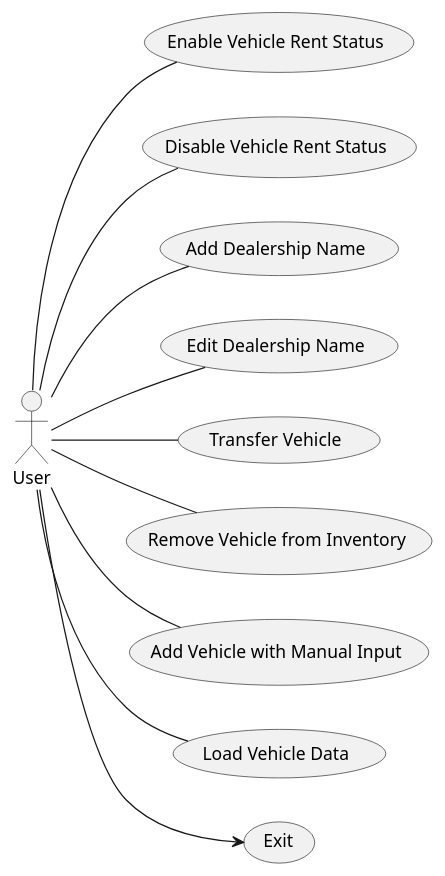
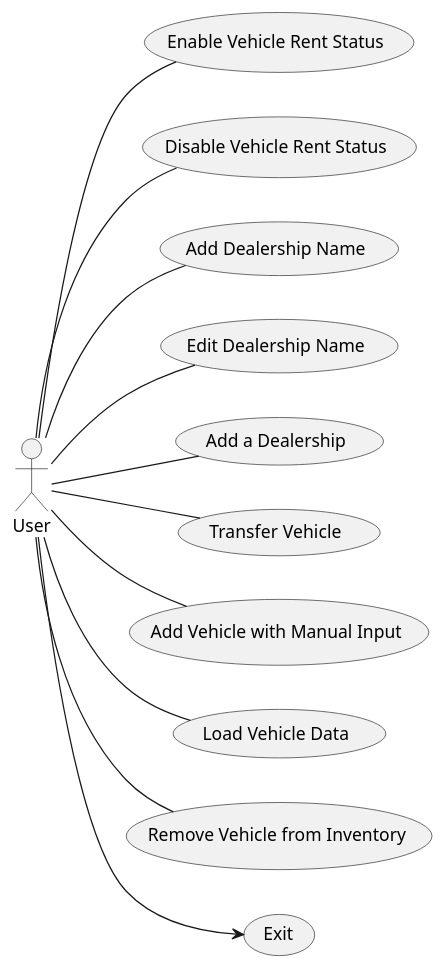
The diagram in UMLdiagrams/DealershipUseCaseDiagram.puml (masonday1/DealershipProject), drawn with PlantUML before and after one commit.

Commit message:
Added a use case for adding a dealership. Since we have a way to add vehicles without a file, it would be nice to have a way for users to add a dealership without a file as well.

```diff
--- a/UMLdiagrams/DealershipUseCaseDiagram.puml
+++ b/UMLdiagrams/DealershipUseCaseDiagram.puml
@@ -1,27 +1,29 @@
 @startuml
 'https://plantuml.com/use-case-diagram
 left to right direction
 
 actor User
 
 usecase "Enable Vehicle Rent Status" as UC1
 usecase "Disable Vehicle Rent Status" as UC2
 usecase "Add Dealership Name" as UC3
 usecase "Edit Dealership Name" as UC4
-usecase "Transfer Vehicle" as UC5
-usecase "Remove Vehicle from Inventory" as UC6
+usecase "Add a Dealership" as UC5
+usecase "Transfer Vehicle" as UC6
 usecase "Add Vehicle with Manual Input" as UC7
 usecase "Load Vehicle Data" as UC8
+usecase "Remove Vehicle from Inventory" as UC9
 User -- UC1
 User -- UC2
 User -- UC3
 User -- UC4
 User -- UC5
 User -- UC6
 User -- UC7
 User -- UC8
+User -- UC9
 User --> (Exit)
 
 
 
 @enduml
```
